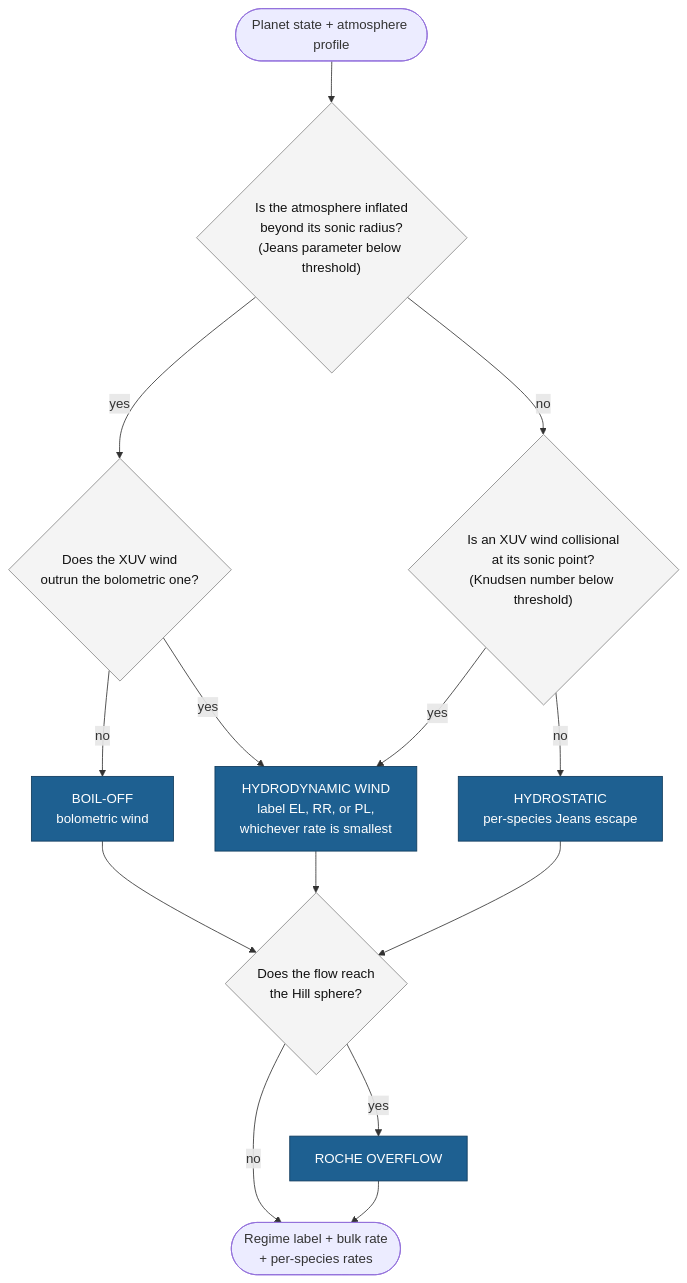
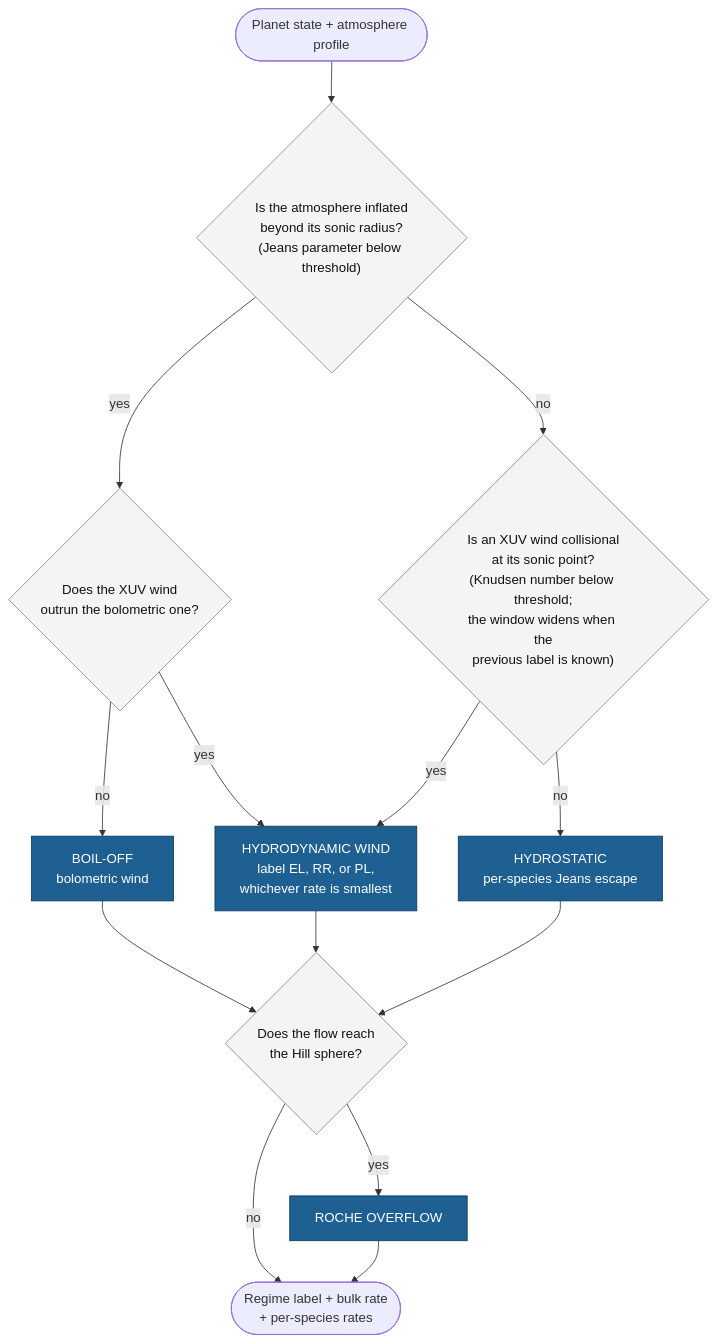
The diagram in docs/Explanations/model.md (FormingWorlds/ZEPHYRUS), drawn with Mermaid before and after one commit. The commit also changed other lines of this file and 3 other files, not shown here.

````diff
--- a/docs/Explanations/model.md
+++ b/docs/Explanations/model.md
@@ -23,20 +23,20 @@
 ```mermaid
 flowchart TD
     IN(["Planet state + atmosphere profile"]) --> Q1{"Is the atmosphere inflated<br/>beyond its sonic radius?<br/>(Jeans parameter below threshold)"}
     Q1 -- yes --> QB{"Does the XUV wind<br/>outrun the bolometric one?"}
     QB -- yes --> HD
     QB -- no --> BO["BOIL-OFF<br/>bolometric wind"]
-    Q1 -- no --> Q2{"Is an XUV wind collisional<br/>at its sonic point?<br/>(Knudsen number below threshold)"}
+    Q1 -- no --> Q2{"Is an XUV wind collisional<br/>at its sonic point?<br/>(Knudsen number below threshold;<br/>the window widens when the<br/>previous label is known)"}
     Q2 -- yes --> HD["HYDRODYNAMIC WIND<br/>label EL, RR, or PL,<br/>whichever rate is smallest"]
     Q2 -- no --> HS["HYDROSTATIC<br/>per-species Jeans escape"]
     BO --> Q3{"Does the flow reach<br/>the Hill sphere?"}
     HD --> Q3
     HS --> Q3
     Q3 -- yes --> RO["ROCHE OVERFLOW"]
     Q3 -- no --> OUT(["Regime label + bulk rate<br/>+ per-species rates"])
     RO --> OUT
     classDef regime fill:#1e6091,stroke:#0f3a5c,color:#ffffff
     classDef decision fill:#f4f4f4,stroke:#888888,color:#111111
     class BO,HD,HS,RO regime
     class Q1,QB,Q2,Q3 decision
 ```
````
